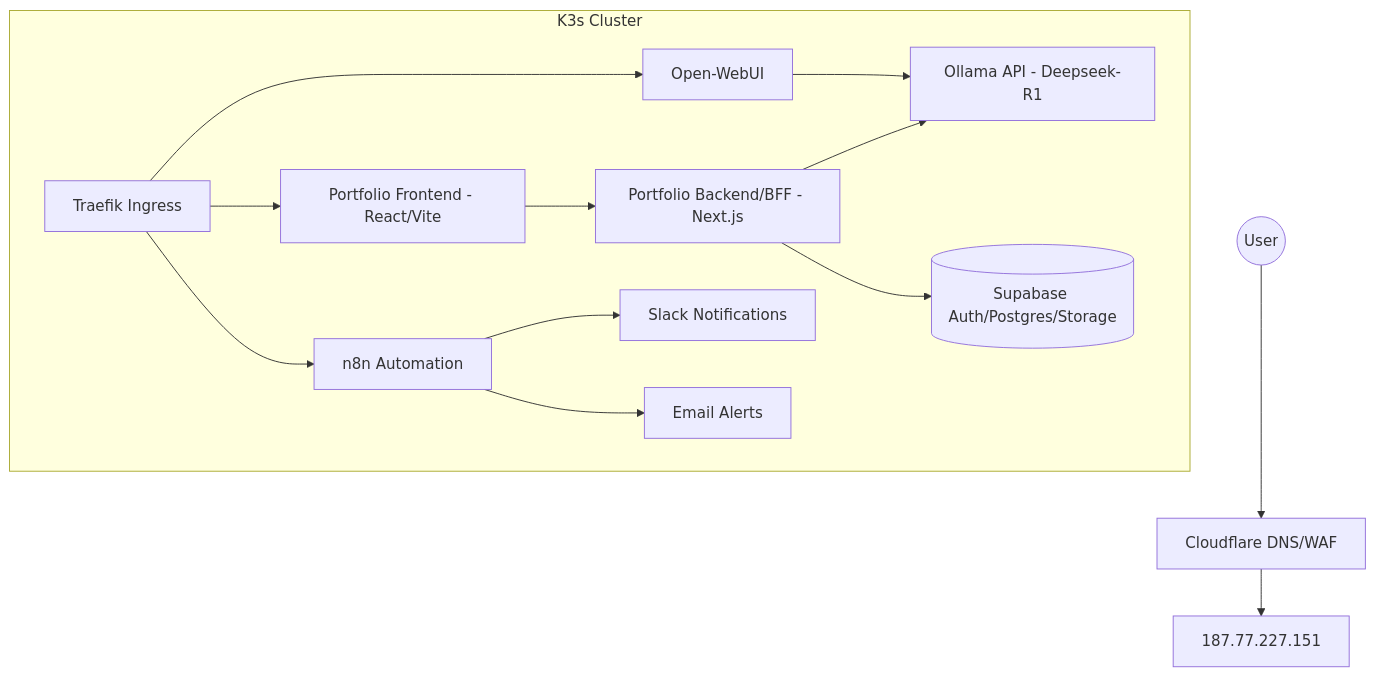
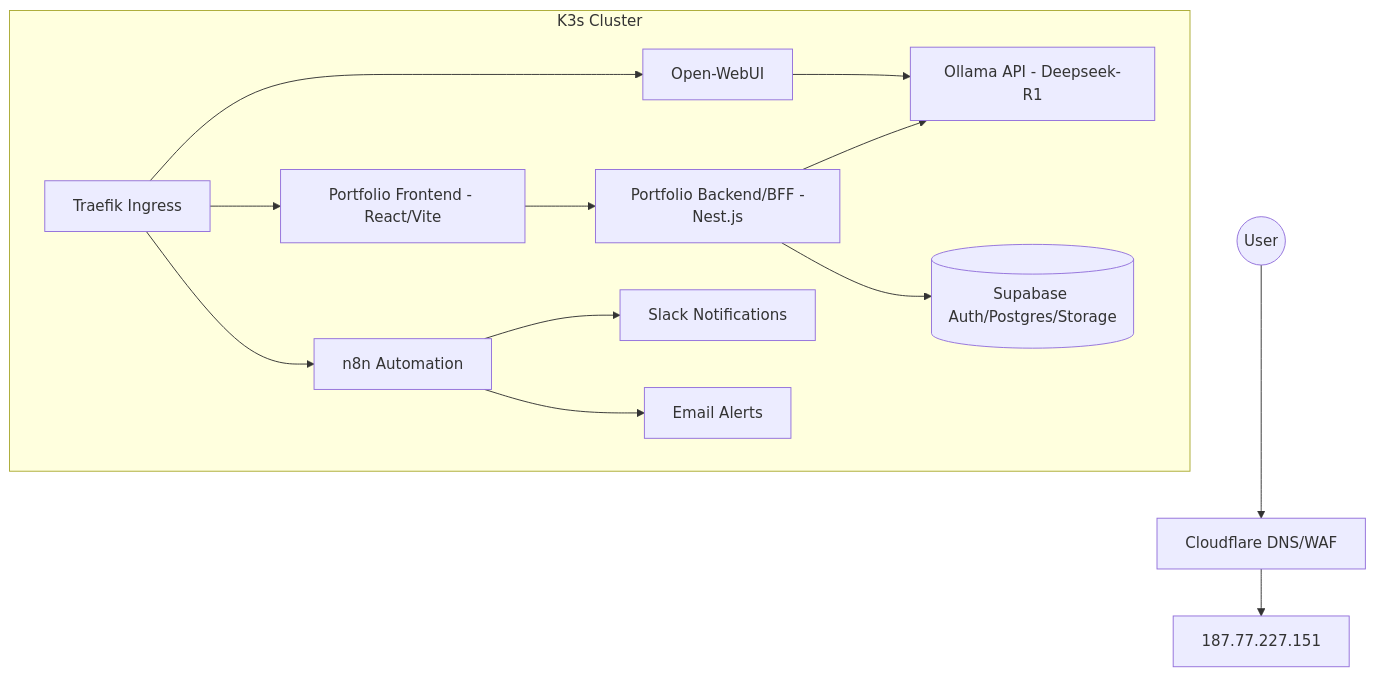
One commit to jader-germano/portfolio-v2 changed the diagram in DOCS.md. Above: the diagram before and after it, drawn with Mermaid. The commit also changed other lines of this file and 6 other files, not shown here.

````diff
--- a/DOCS.md
+++ b/DOCS.md
@@ -14,20 +14,20 @@
 ```mermaid
 graph TD
     User((User)) --> Cloudflare[Cloudflare DNS/WAF]
     Cloudflare --> VPS[187.77.227.151]
     
     subgraph K3s Cluster
         Traefik[Traefik Ingress] --> Front[Portfolio Frontend - React/Vite]
-        Front --> Port[Portfolio Backend/BFF - Next.js]
+        Front --> Port[Portfolio Backend/BFF -Nest.js]
         Traefik --> n8n[n8n Automation]
         Traefik --> UI[Open-WebUI]
         
         Port --> Ollama[Ollama API - Deepseek-R1]
         Port --> Supabase[(Supabase Auth/Postgres/Storage)]
         
         n8n --> Slack[Slack Notifications]
         n8n --> Email[Email Alerts]
         
         UI --> Ollama
     end
 ```
````
